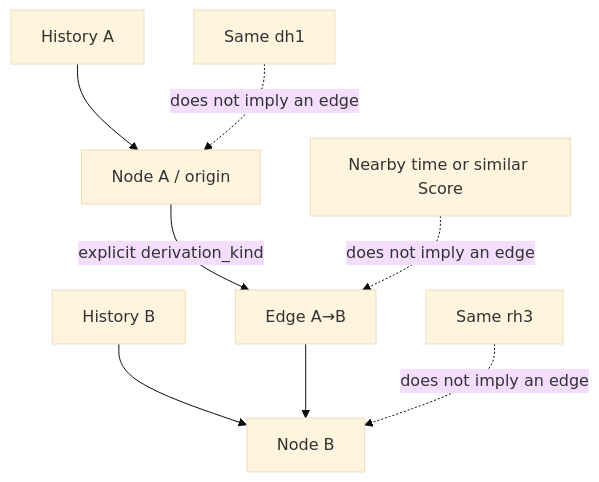
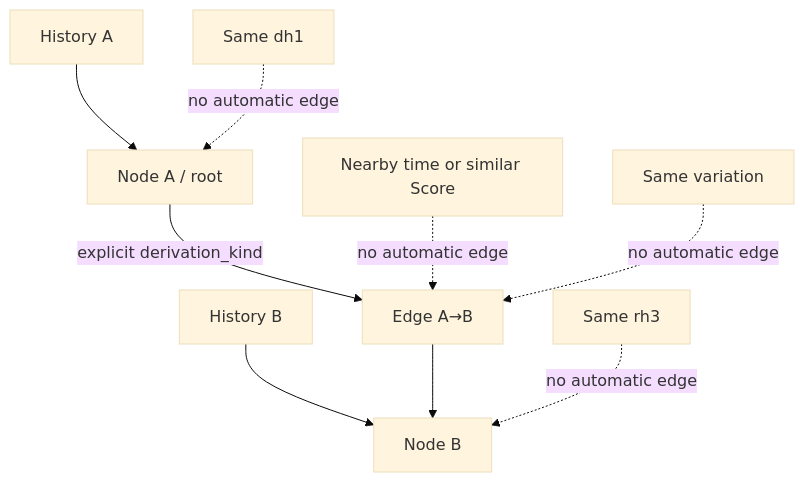
The fourth of 5 diagrams in docs/architecture/data-history-lineage.md (oikawas/inku-lang), drawn with Mermaid (base theme) before and after one commit. The commit also changed other lines of this file and 27 other files, not shown here.

First line of the commit message:
Update architecture documents for the shared Rust pipeline

````diff
--- a/docs/architecture/data-history-lineage.md
+++ b/docs/architecture/data-history-lineage.md
@@ -96,10 +142,11 @@
 ```mermaid
 flowchart TD
-    ROOT_H["History A"] --> ROOT_N["Node A / origin"]
+    ROOT_H["History A"] --> ROOT_N["Node A / root"]
     CHILD_H["History B"] --> CHILD_N["Node B"]
     ROOT_N -->|"explicit derivation_kind"| EDGE["Edge A→B"]
     EDGE --> CHILD_N
-    SAME_DH["Same dh1"] -.->|"does not imply an edge"| ROOT_N
-    SAME_RH["Same rh3"] -.->|"does not imply an edge"| CHILD_N
-    TIME["Nearby time or similar Score"] -.->|"does not imply an edge"| EDGE
+    SAME_DH["Same dh1"] -.->|"no automatic edge"| ROOT_N
+    SAME_RH["Same rh3"] -.->|"no automatic edge"| CHILD_N
+    TIME["Nearby time or similar Score"] -.->|"no automatic edge"| EDGE
+    SAME_VAR["Same variation"] -.->|"no automatic edge"| EDGE
 ```
````
